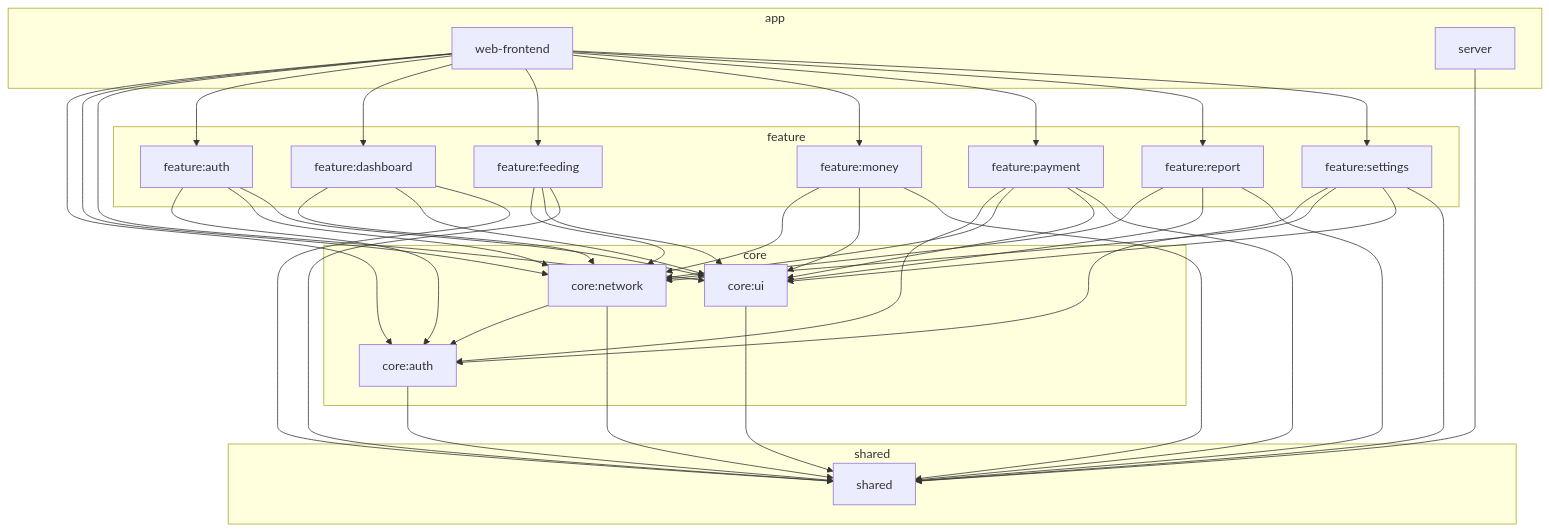
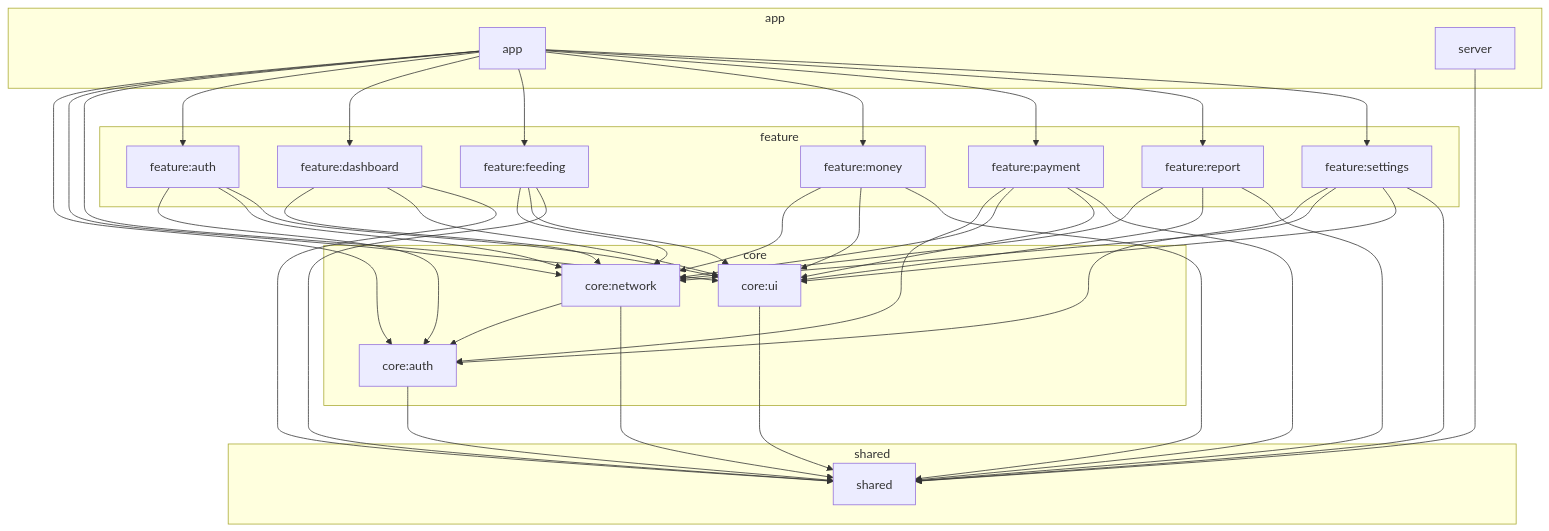
The diagram in README.md (ptkNktq/CrabShell), drawn with Mermaid before and after one commit. The commit also changed other lines of this file and 26 other files, not shown here.

First line of the commit message:
refactor: rename web-frontend to app & reorganize theme directory (#70)

````diff
--- a/README.md
+++ b/README.md
@@ -35,69 +35,69 @@
 ```mermaid
 graph TD
   subgraph shared
     S[shared]
   end
 
   subgraph core
     CA[core:auth]
     CN[core:network]
     CU[core:ui]
   end
 
   subgraph feature
     FA[feature:auth]
     FD[feature:dashboard]
     FF[feature:feeding]
     FM[feature:money]
     FP[feature:payment]
     FR[feature:report]
     FS[feature:settings]
   end
 
   subgraph app
-    WF[web-frontend]
+    WF[app]
     SV[server]
   end
 
   CA --> S
   CN --> CA
   CN --> S
   CU --> S
 
   FA --> CA
   FA --> CN
   FA --> CU
   FD --> CN
   FD --> CU
   FD --> S
   FF --> CN
   FF --> CU
   FF --> S
   FM --> CN
   FM --> CU
   FM --> S
   FP --> CA
   FP --> CN
   FP --> CU
   FP --> S
   FR --> CN
   FR --> CU
   FR --> S
   FS --> CA
   FS --> CN
   FS --> CU
   FS --> S
 
   WF --> CA
   WF --> CN
   WF --> CU
   WF --> FA
   WF --> FD
   WF --> FF
   WF --> FM
   WF --> FP
   WF --> FR
   WF --> FS
 
   SV --> S
 ```
````
